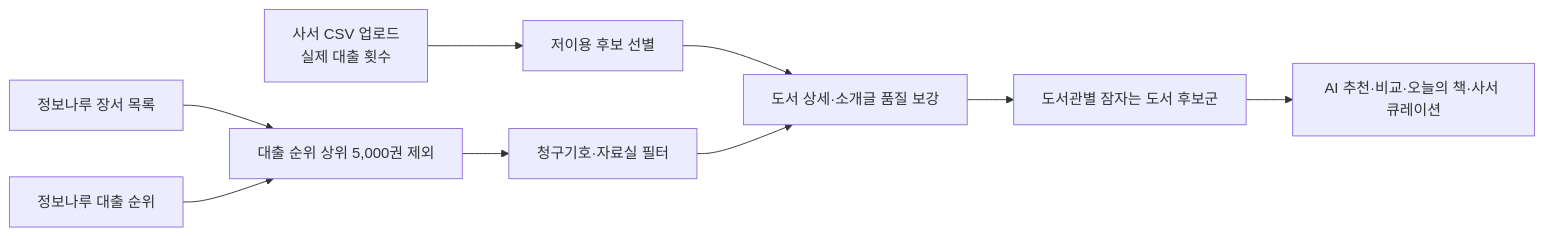
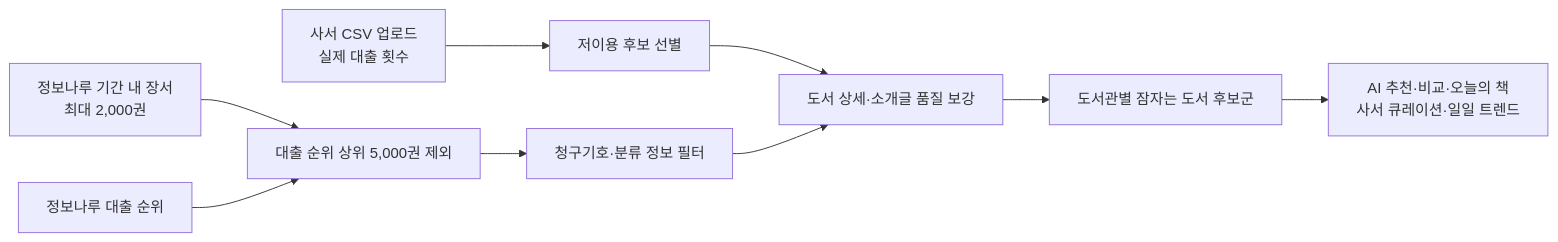
One commit to 2026-PNU-AI-StudyGroup/2026-pnuai-studygroup-03 changed the first of 3 diagrams in docs/최종보고서.md. Above: the diagram before and after it, drawn with Mermaid. The commit also changed other lines of this file and 2 other files, not shown here.

````diff
--- a/docs/최종보고서.md
+++ b/docs/최종보고서.md
@@ -64,11 +66,11 @@
 ```mermaid
 flowchart LR
   A["사서 CSV 업로드<br/>실제 대출 횟수"] --> B["저이용 후보 선별"]
-  C["정보나루 장서 목록"] --> D["대출 순위 상위 5,000권 제외"]
+  C["정보나루 기간 내 장서<br/>최대 2,000권"] --> D["대출 순위 상위 5,000권 제외"]
   E["정보나루 대출 순위"] --> D
-  D --> F["청구기호·자료실 필터"]
+  D --> F["청구기호·분류 정보 필터"]
   B --> G["도서 상세·소개글 품질 보강"]
   F --> G
   G --> H["도서관별 잠자는 도서 후보군"]
-  H --> I["AI 추천·비교·오늘의 책·사서 큐레이션"]
+  H --> I["AI 추천·비교·오늘의 책<br/>사서 큐레이션·일일 트렌드"]
 ```
````
